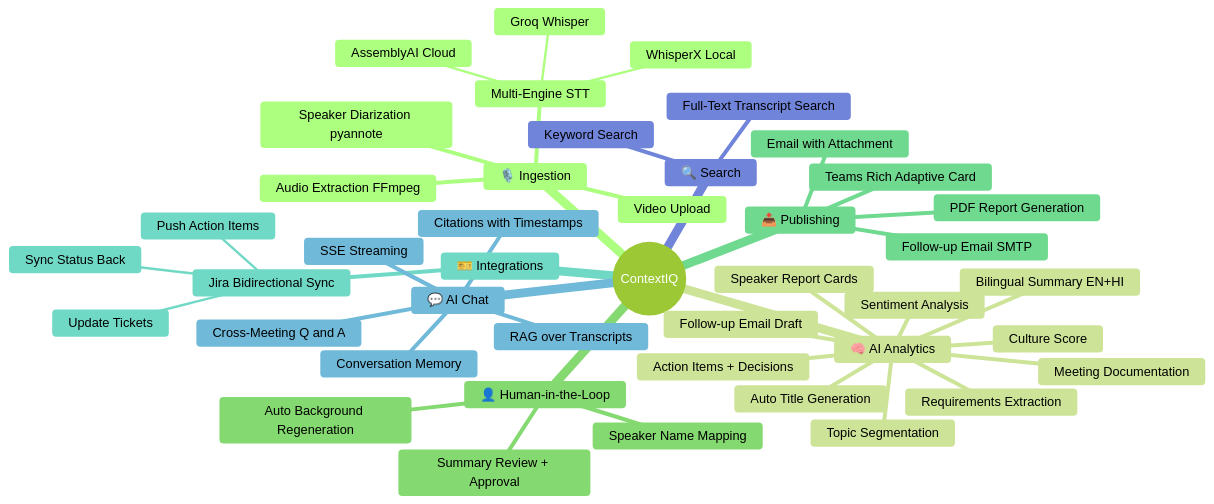
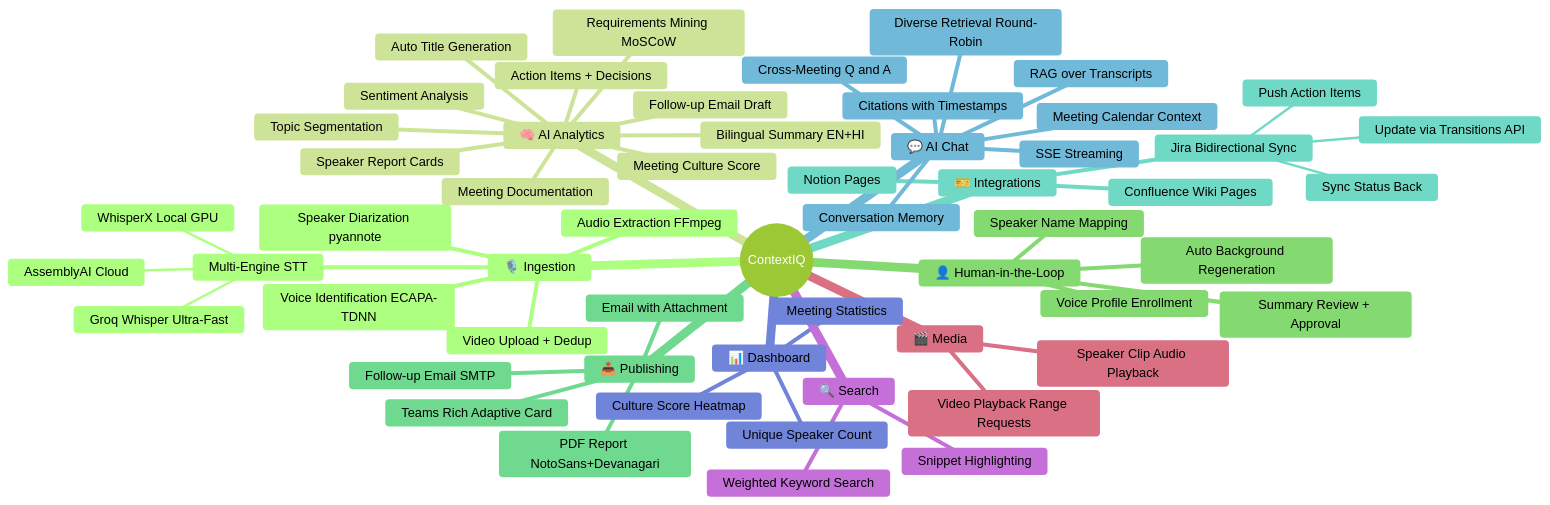
One commit to pawanuikey06/ContextIQ changed diagram 14 of 14 in docs/architecture.md. Above: the diagram before and after it, drawn with Mermaid (forest theme). The commit also changed other lines of this file, not shown here.

Commit message:
architectures updated

````diff
--- a/docs/architecture.md
+++ b/docs/architecture.md
@@ -513,46 +660,59 @@
 ```mermaid
 mindmap
   root((ContextIQ))
     🎙️ Ingestion
-      Video Upload
+      Video Upload + Dedup
       Audio Extraction FFmpeg
       Multi-Engine STT
-        WhisperX Local
         AssemblyAI Cloud
-        Groq Whisper
+        Groq Whisper Ultra-Fast
+        WhisperX Local GPU
       Speaker Diarization pyannote
+      Voice Identification ECAPA-TDNN
     🧠 AI Analytics
       Bilingual Summary EN+HI
       Action Items + Decisions
-      Requirements Extraction
+      Requirements Mining MoSCoW
       Meeting Documentation
       Sentiment Analysis
       Topic Segmentation
       Auto Title Generation
       Follow-up Email Draft
       Speaker Report Cards
-      Culture Score
+      Meeting Culture Score
     👤 Human-in-the-Loop
       Speaker Name Mapping
+      Voice Profile Enrollment
       Summary Review + Approval
       Auto Background Regeneration
     📤 Publishing
-      PDF Report Generation
+      PDF Report NotoSans+Devanagari
       Email with Attachment
       Teams Rich Adaptive Card
       Follow-up Email SMTP
     🎫 Integrations
       Jira Bidirectional Sync
         Push Action Items
         Sync Status Back
-        Update Tickets
+        Update via Transitions API
+      Confluence Wiki Pages
+      Notion Pages
     💬 AI Chat
       RAG over Transcripts
       SSE Streaming
+      Diverse Retrieval Round-Robin
       Cross-Meeting Q and A
       Citations with Timestamps
       Conversation Memory
+      Meeting Calendar Context
+    📊 Dashboard
+      Unique Speaker Count
+      Culture Score Heatmap
+      Meeting Statistics
     🔍 Search
-      Keyword Search
-      Full-Text Transcript Search
+      Weighted Keyword Search
+      Snippet Highlighting
+    🎬 Media
+      Video Playback Range Requests
+      Speaker Clip Audio Playback
 ```
````
